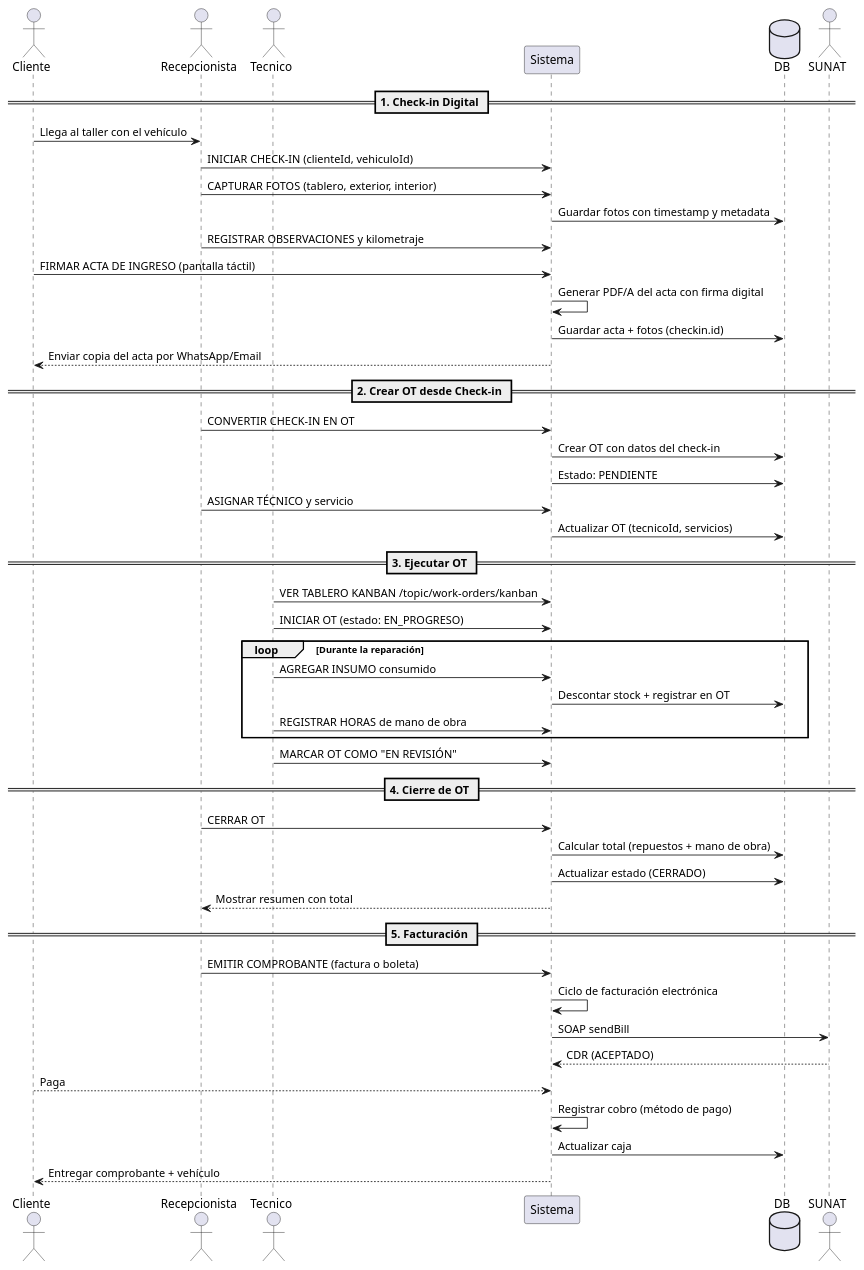
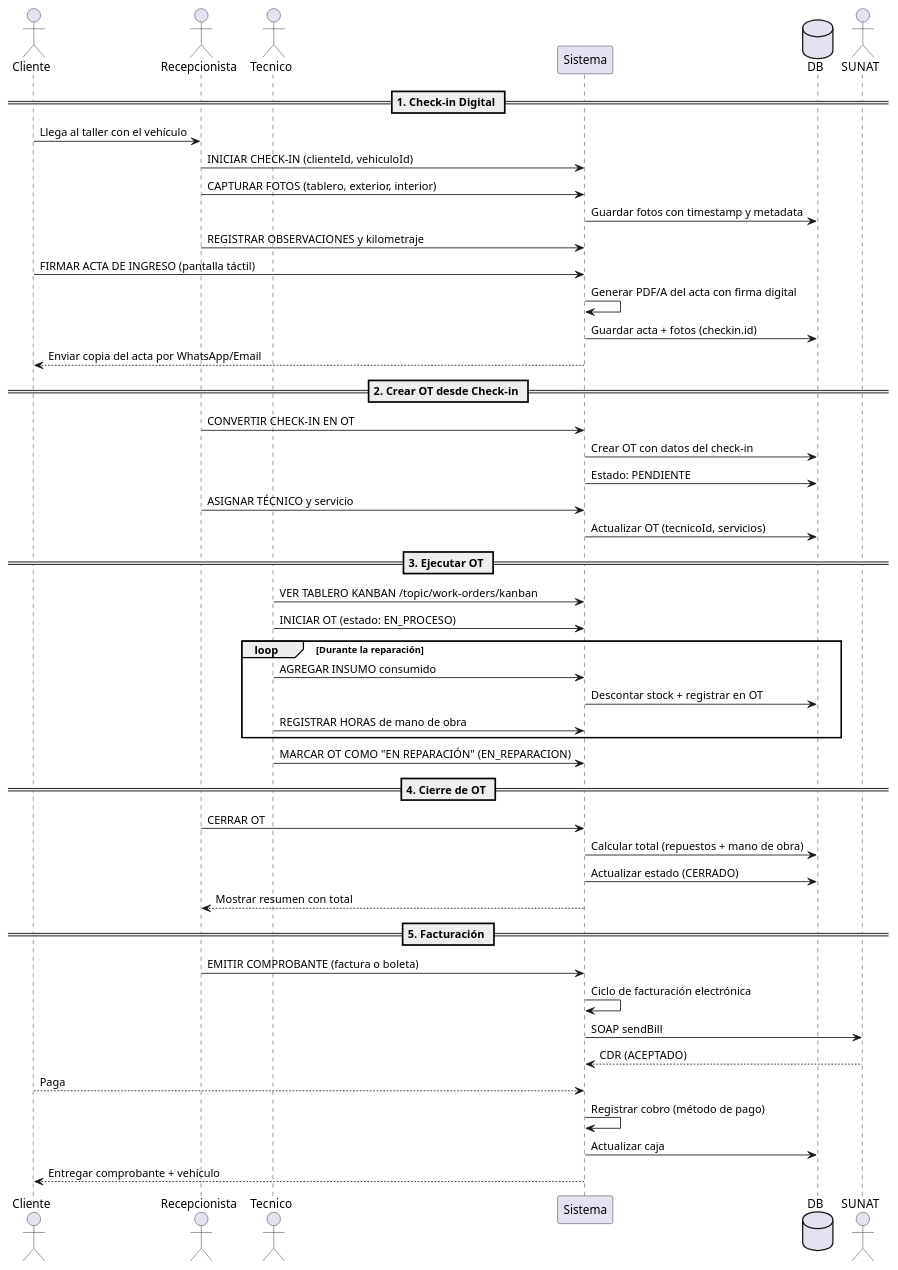
The second of 7 diagrams in documentacion/docs/11-diagramas-secuencia.md (DominidM/LUNORION_LABS_Backend), drawn with PlantUML before and after one commit. The commit also changed other lines of this file and 12 other files, not shown here.

````diff
--- a/documentacion/docs/11-diagramas-secuencia.md
+++ b/documentacion/docs/11-diagramas-secuencia.md
@@ -89,56 +91,56 @@
 ```plantuml
 @startuml Checkin_OT_Facturacion
 
 actor Cliente as cli
 actor Recepcionista as recep
 actor Tecnico as tec
 participant "Sistema" as sist
 database DB as db
 actor "SUNAT" as sunat
 
 == 1. Check-in Digital ==
 cli -> recep: Llega al taller con el vehículo
 recep -> sist: INICIAR CHECK-IN (clienteId, vehiculoId)
 recep -> sist: CAPTURAR FOTOS (tablero, exterior, interior)
 sist -> db: Guardar fotos con timestamp y metadata
 recep -> sist: REGISTRAR OBSERVACIONES y kilometraje
 cli -> sist: FIRMAR ACTA DE INGRESO (pantalla táctil)
 sist -> sist: Generar PDF/A del acta con firma digital
 sist -> db: Guardar acta + fotos (checkin.id)
 sist --> cli: Enviar copia del acta por WhatsApp/Email
 
 == 2. Crear OT desde Check-in ==
 recep -> sist: CONVERTIR CHECK-IN EN OT
 sist -> db: Crear OT con datos del check-in
 sist -> db: Estado: PENDIENTE
 recep -> sist: ASIGNAR TÉCNICO y servicio
 sist -> db: Actualizar OT (tecnicoId, servicios)
 
 == 3. Ejecutar OT ==
 tec -> sist: VER TABLERO KANBAN /topic/work-orders/kanban
-tec -> sist: INICIAR OT (estado: EN_PROGRESO)
+tec -> sist: INICIAR OT (estado: EN_PROCESO)
 loop Durante la reparación
   tec -> sist: AGREGAR INSUMO consumido
   sist -> db: Descontar stock + registrar en OT
   tec -> sist: REGISTRAR HORAS de mano de obra
 end
-tec -> sist: MARCAR OT COMO "EN REVISIÓN"
+tec -> sist: MARCAR OT COMO "EN REPARACIÓN" (EN_REPARACION)
 
 == 4. Cierre de OT ==
 recep -> sist: CERRAR OT
 sist -> db: Calcular total (repuestos + mano de obra)
 sist -> db: Actualizar estado (CERRADO)
 sist --> recep: Mostrar resumen con total
 
 == 5. Facturación ==
 recep -> sist: EMITIR COMPROBANTE (factura o boleta)
 sist -> sist: Ciclo de facturación electrónica
 sist -> sunat: SOAP sendBill
 sunat --> sist: CDR (ACEPTADO)
 cli --> sist: Paga
 sist -> sist: Registrar cobro (método de pago)
 sist -> db: Actualizar caja
 sist --> cli: Entregar comprobante + vehículo
 
 @enduml
 ```
````
